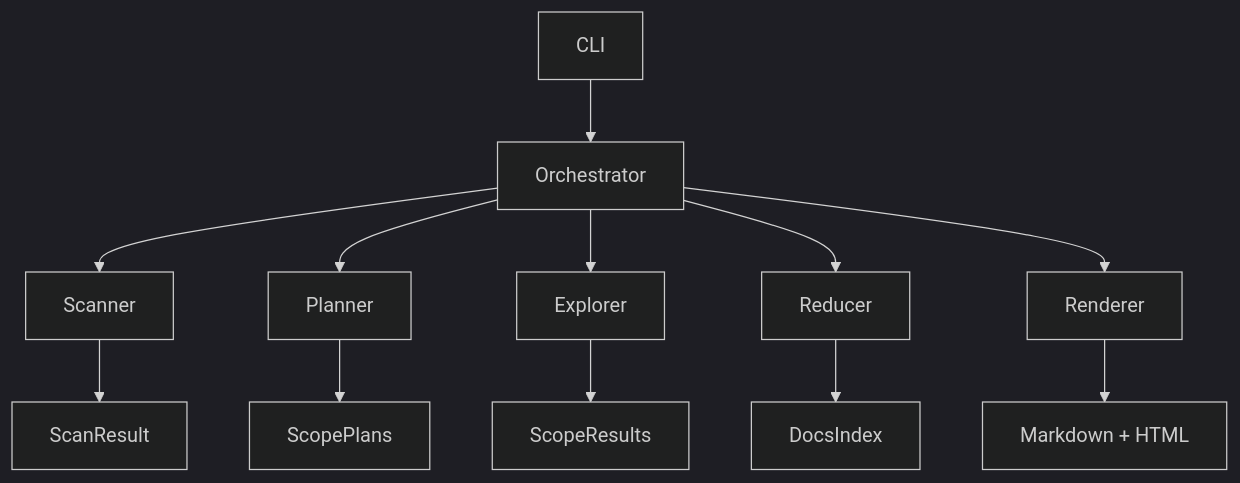
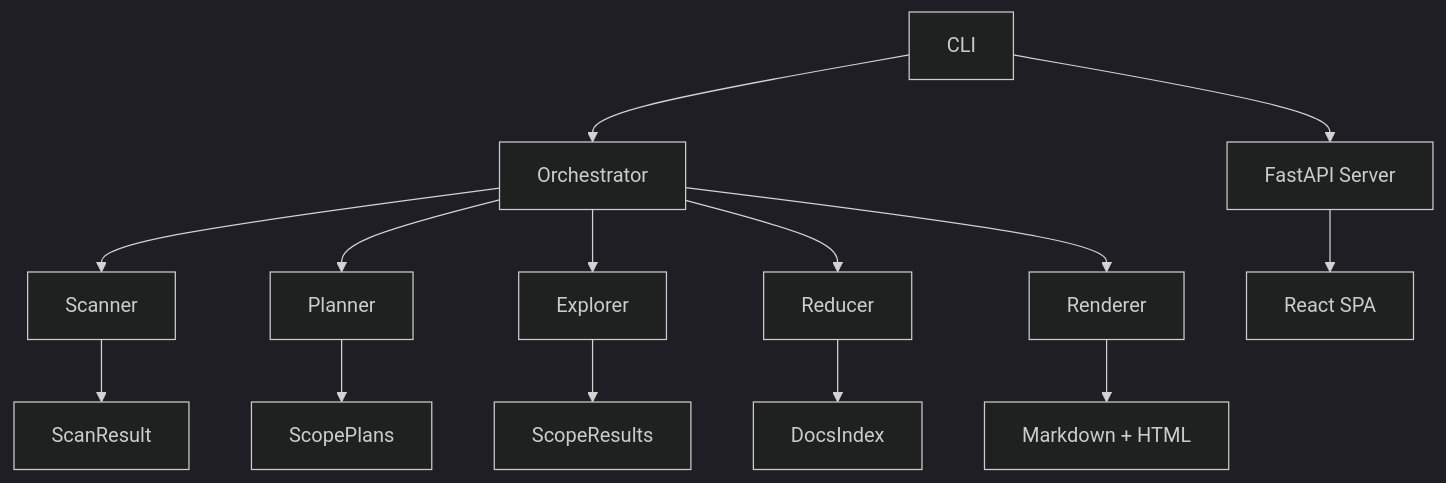
Before and after one commit to Doomsy1/docbot: the diagram in README.md, drawn with Mermaid (dark theme). The commit also changed other lines of this file and 5 other files, not shown here.

First line of the commit message:
docs: update README/CLAUDE.md for current state, add viz replay to roadmap/checklist

````diff
--- a/README.md
+++ b/README.md
@@ -80,14 +134,16 @@
 ```mermaid
 graph TD
     CLI --> Orchestrator
     Orchestrator --> Scanner
     Scanner --> ScanResult
     Orchestrator --> Planner
     Planner --> ScopePlans
     Orchestrator --> Explorer
     Explorer --> ScopeResults
     Orchestrator --> Reducer
     Reducer --> DocsIndex
     Orchestrator --> Renderer
     Renderer --> Output[Markdown + HTML]
+    CLI --> Server[FastAPI Server]
+    Server --> Webapp[React SPA]
 ```
````
